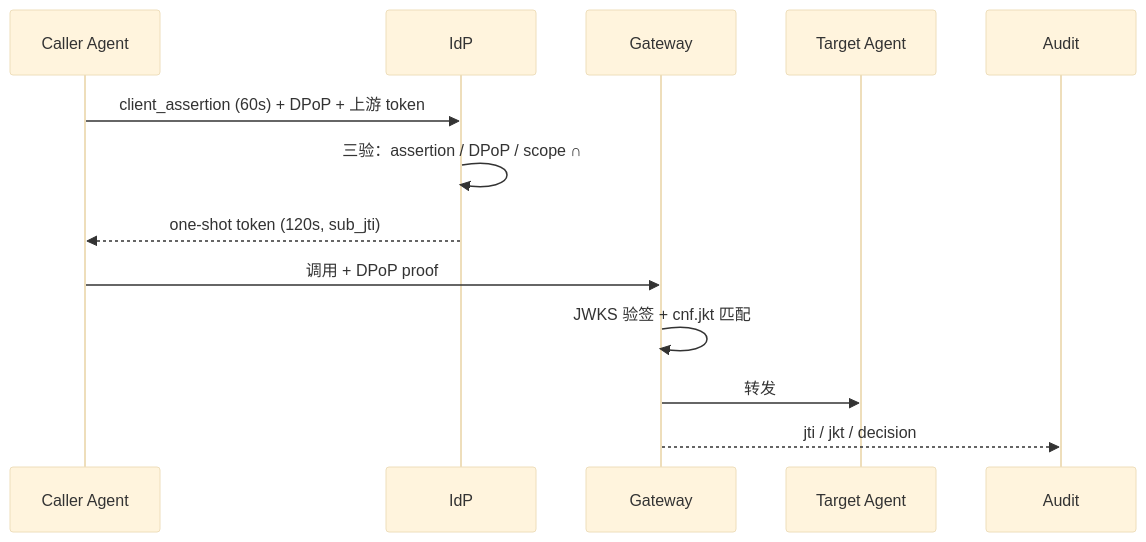
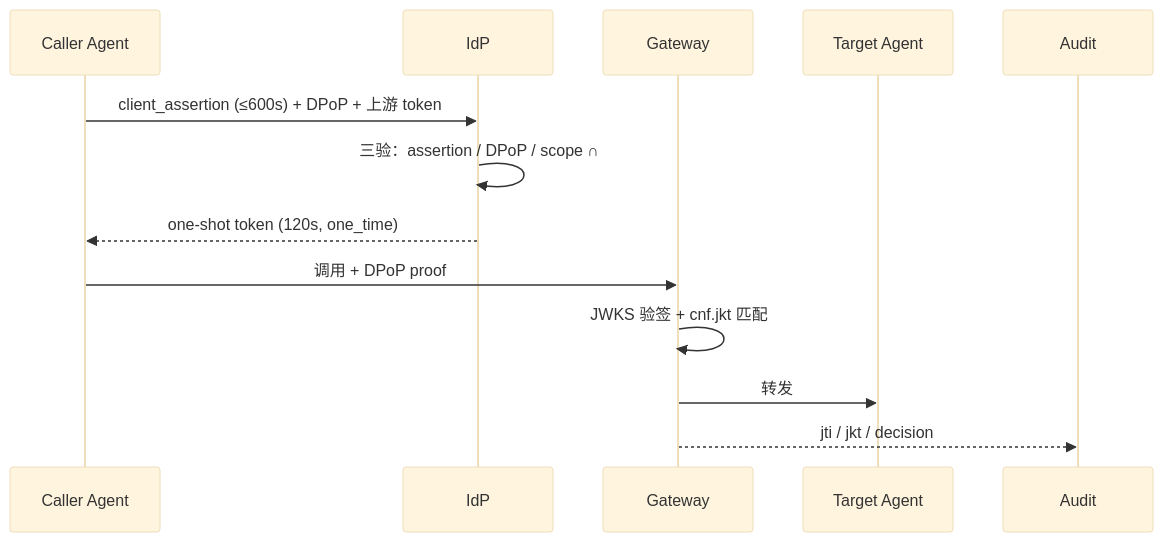
Before and after one commit to Woor3x/Agent-Token: the second of 2 diagrams in docs/slides/slides.md, drawn with Mermaid (base theme). The commit also changed other lines of this file, not shown here.

````diff
--- a/docs/slides/slides.md
+++ b/docs/slides/slides.md
@@ -266,14 +266,14 @@
 ```mermaid {scale: 0.55}
 sequenceDiagram
   participant C as Caller Agent
   participant I as IdP
   participant G as Gateway
   participant T as Target Agent
-  C->>I: client_assertion (60s) + DPoP + 上游 token
+  C->>I: client_assertion (≤600s) + DPoP + 上游 token
   I->>I: 三验：assertion / DPoP / scope ∩
-  I-->>C: one-shot token (120s, sub_jti)
+  I-->>C: one-shot token (120s, one_time)
   C->>G: 调用 + DPoP proof
   G->>G: JWKS 验签 + cnf.jkt 匹配
   G->>T: 转发
   G-->>Audit: jti / jkt / decision
 ```
````
